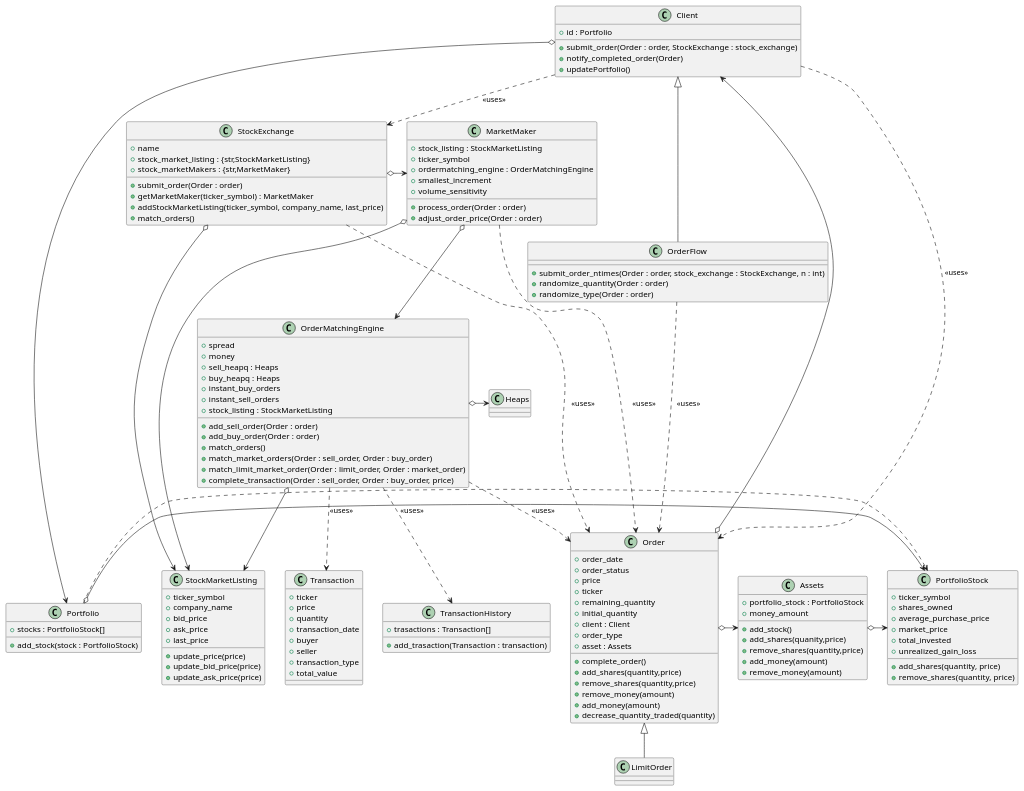
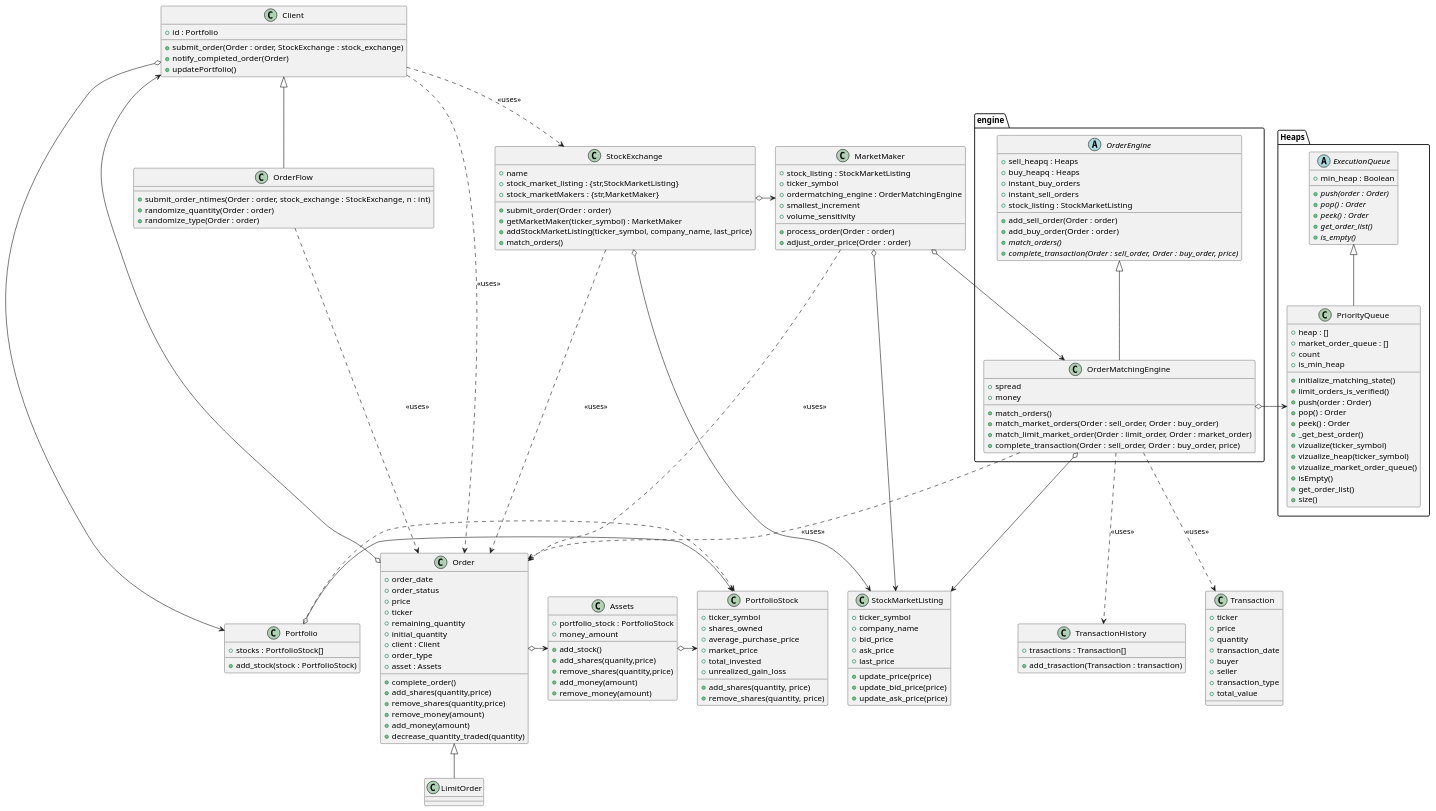
The diagram in trading/diagrams/exchange_logic.plantuml (oli3161/TradingSystem), drawn with PlantUML before and after one commit. The commit also changed 8 other files, not shown here.

Commit message:
Ajout packages et classe abstraite OrderEngine + modifs uml

```diff
--- a/trading/diagrams/exchange_logic.plantuml
+++ b/trading/diagrams/exchange_logic.plantuml
@@ -23,23 +23,31 @@
     + randomize_type(Order : order)
 }
 
+package engine {
 
 
-class OrderMatchingEngine{
-    + spread
-    + money
-    + sell_heapq : Heaps
-    + buy_heapq : Heaps
-    + instant_buy_orders
-    + instant_sell_orders 
-    + stock_listing : StockMarketListing
-    + add_sell_order(Order : order)
-    + add_buy_order(Order : order)
-    + match_orders()
-    + match_market_orders(Order : sell_order, Order : buy_order)
-    + match_limit_market_order(Order : limit_order, Order : market_order)
-    + complete_transaction(Order : sell_order, Order : buy_order, price)
 
+    abstract class OrderEngine{
+        + sell_heapq : Heaps
+        + buy_heapq : Heaps
+        + instant_buy_orders
+        + instant_sell_orders 
+        + stock_listing : StockMarketListing
+        + add_sell_order(Order : order)
+        + add_buy_order(Order : order)
+        + {abstract} match_orders()
+        + {abstract} complete_transaction(Order : sell_order, Order : buy_order, price)
+    }
+
+    class OrderMatchingEngine extends OrderEngine{
+        + spread
+        + money
+        + match_orders()
+        + match_market_orders(Order : sell_order, Order : buy_order)
+        + match_limit_market_order(Order : limit_order, Order : market_order)
+        + complete_transaction(Order : sell_order, Order : buy_order, price)
+
+    }
 }
 
 class Assets{
@@ -51,10 +59,37 @@
     + add_money(amount)
     + remove_money(amount)
 }
+package Heaps {
+    abstract class ExecutionQueue{
+    + min_heap : Boolean
+    + {abstract} push(order : Order)
+    + {abstract} pop() : Order
+    + {abstract} peek() : Order 
+    + {abstract} get_order_list()
+    + {abstract} is_empty()
 
-class Heaps{
-    
+    }
+
+    class PriorityQueue extends ExecutionQueue{
+        + heap : []
+        + market_order_queue : []
+        + count 
+        + is_min_heap
+        + initialize_matching_state()
+        + limit_orders_is_verified()
+        + push(order : Order)
+        + pop() : Order
+        + peek() : Order
+        + _get_best_order()
+        + vizualize(ticker_symbol)
+        + vizualize_heap(ticker_symbol)
+        + vizualize_market_order_queue()
+        + isEmpty()
+        + get_order_list()
+        + size()
+    }
 }
+
 
 class LimitOrder extends Order{
 
@@ -151,7 +186,7 @@
 
 OrderFlow ..> Order : <<uses>>
 
-OrderMatchingEngine o-> Heaps
+OrderMatchingEngine o-> PriorityQueue
 OrderMatchingEngine o--> StockMarketListing
 OrderMatchingEngine ..> Order : <<uses>>
 OrderMatchingEngine ..> Transaction : <<uses>> 
```
